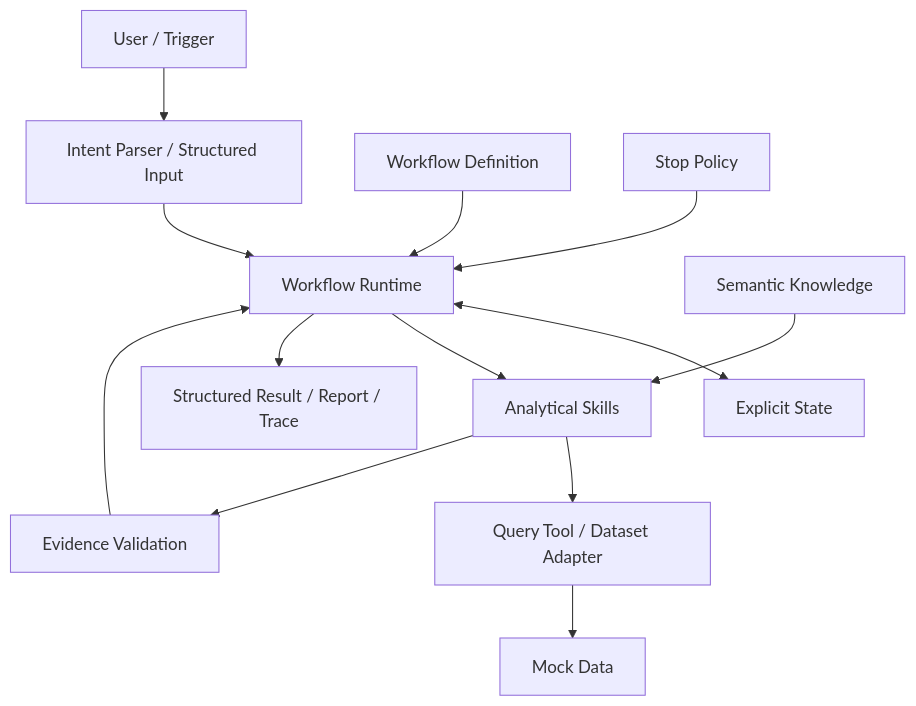
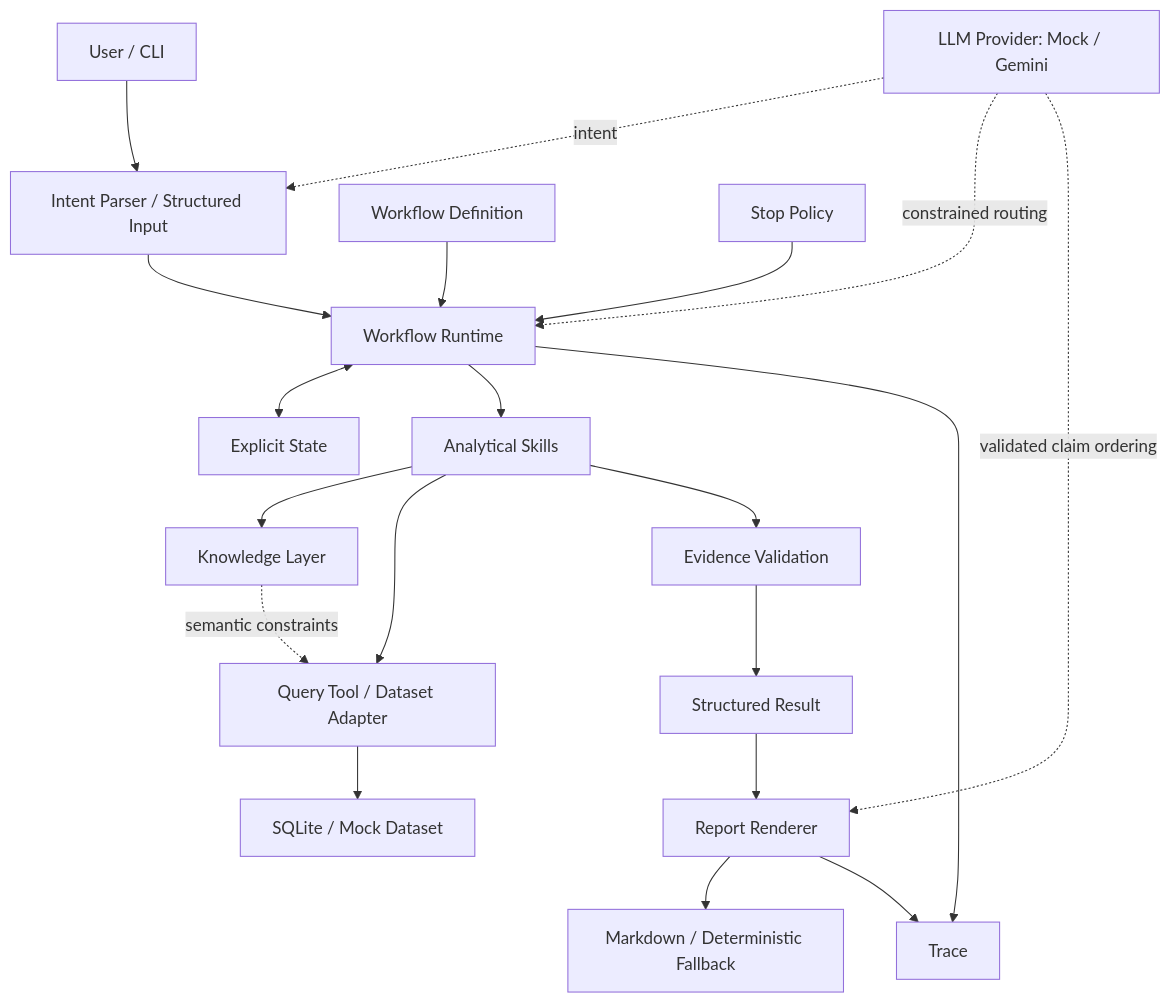
Before and after one commit to sayaka111/business-performance-agent: the diagram in README.md, drawn with Mermaid. The commit also changed other lines of this file and 7 other files, not shown here.

````diff
--- a/README.md
+++ b/README.md
@@ -39,15 +29,22 @@
 ```mermaid
 flowchart TD
-    U[User / Trigger] --> I[Intent Parser / Structured Input]
+    U[User / CLI] --> I[Intent Parser / Structured Input]
     I --> R[Workflow Runtime]
     W[Workflow Definition] --> R
     R <--> S[Explicit State]
     P[Stop Policy] --> R
-    R --> K[Analytical Skills]
-    N[Semantic Knowledge] --> K
-    K --> Q[Query Tool / Dataset Adapter]
-    Q --> D[Mock Data]
-    K --> E[Evidence Validation]
-    E --> R
-    R --> O[Structured Result / Report / Trace]
+    R --> A[Analytical Skills]
+    A --> K[Knowledge Layer]
+    A --> Q[Query Tool / Dataset Adapter]
+    K -. semantic constraints .-> Q
+    Q --> D[SQLite / Mock Dataset]
+    A --> E[Evidence Validation]
+    E --> O[Structured Result]
+    O --> F[Report Renderer]
+    L[LLM Provider: Mock / Gemini] -. intent .-> I
+    L -. constrained routing .-> R
+    L -. validated claim ordering .-> F
+    F --> M[Markdown / Deterministic Fallback]
+    R --> T[Trace]
+    F --> T
 ```
````
